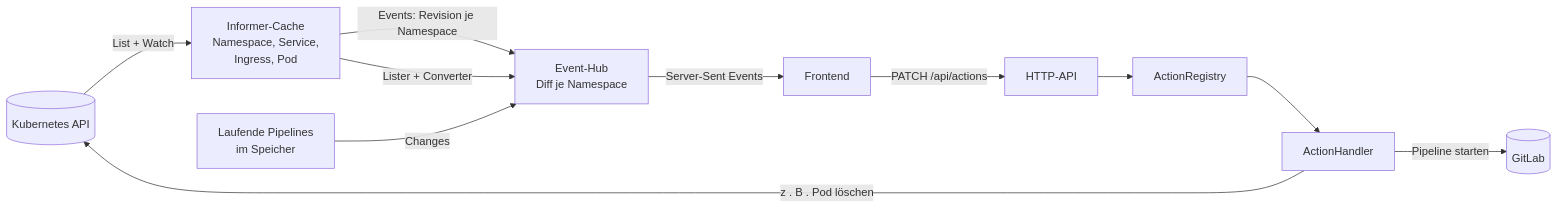
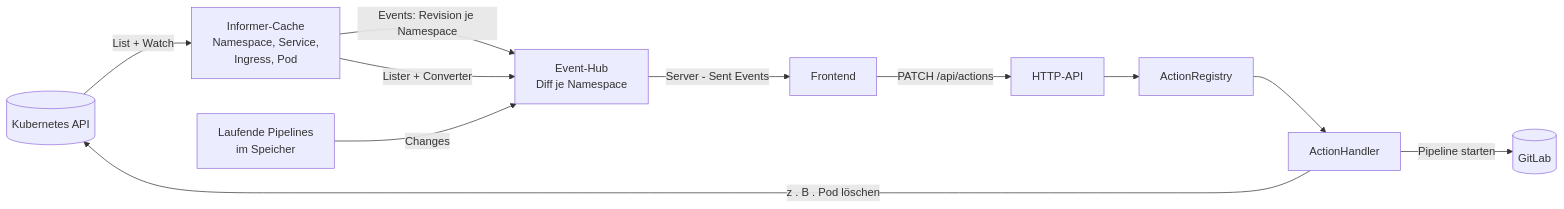
One commit to VinceBecks/dashboard changed the diagram in README.md. Above: the diagram before and after it, drawn with Mermaid. The commit also changed other lines of this file and 12 other files, not shown here.

````diff
--- a/README.md
+++ b/README.md
@@ -105,11 +106,11 @@
 ```mermaid
 flowchart LR
     K8s[(Kubernetes API)] -- List + Watch --> Inf[Informer-Cache<br/>Namespace, Service,<br/>Ingress, Pod]
     Inf -- Events: Revision je Namespace --> Hub[Event-Hub<br/>Diff je Namespace]
     Inf -- Lister + Converter --> Hub
     Pip[Laufende Pipelines<br/>im Speicher] -- Changes --> Hub
-    Hub -- Server-Sent Events --> FE[Frontend]
+    Hub -- Server - Sent Events --> FE[Frontend]
     FE -- PATCH /api/actions --> API[HTTP-API]
     API --> Reg[ActionRegistry] --> H[ActionHandler] -- z . B . Pod löschen --> K8s
     H -- Pipeline starten --> GitLab[(GitLab)]
 ```
````
